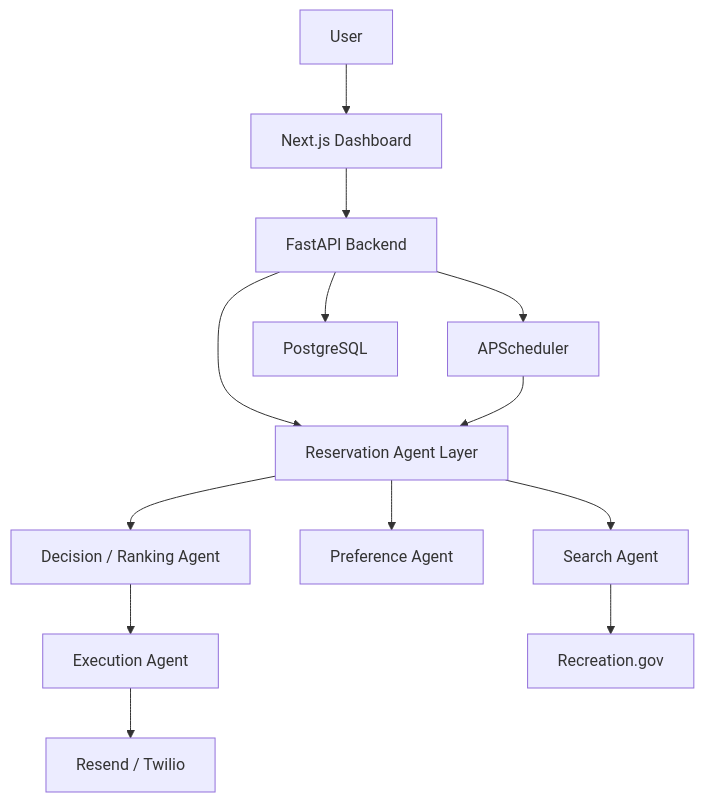
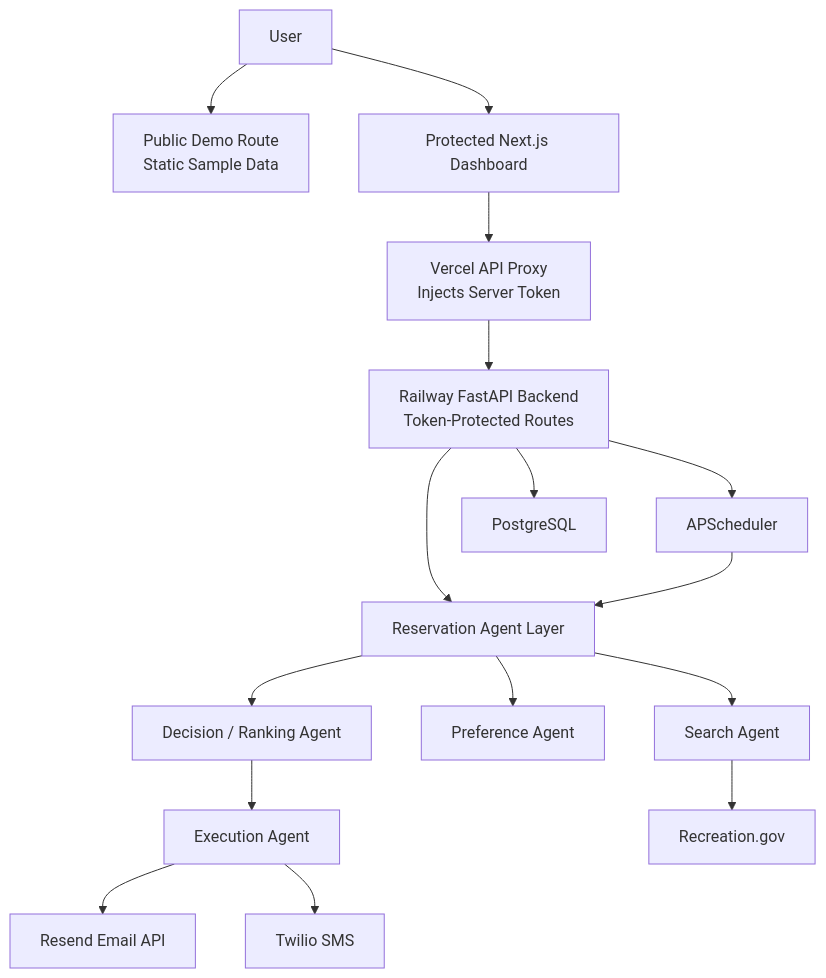
The diagram in README.md (srs312-lab/parkreserve-ai), drawn with Mermaid before and after one commit. The commit also changed other lines of this file and 2 other files, not shown here.

````diff
--- a/README.md
+++ b/README.md
@@ -53,28 +63,34 @@
 ```mermaid
 flowchart TD
     User["User"]
-    Dashboard["Next.js Dashboard"]
-    API["FastAPI Backend"]
+    PublicDemo["Public Demo Route<br/>Static Sample Data"]
+    Dashboard["Protected Next.js Dashboard"]
+    Proxy["Vercel API Proxy<br/>Injects Server Token"]
+    API["Railway FastAPI Backend<br/>Token-Protected Routes"]
     Agent["Reservation Agent Layer"]
     Search["Search Agent"]
     Preference["Preference Agent"]
     Decision["Decision / Ranking Agent"]
     Execution["Execution Agent"]
     Recreation["Recreation.gov"]
     Scheduler["APScheduler"]
     Database["PostgreSQL"]
-    Notify["Resend / Twilio"]
+    Email["Resend Email API"]
+    SMS["Twilio SMS"]
 
+    User --> PublicDemo
     User --> Dashboard
-    Dashboard --> API
+    Dashboard --> Proxy
+    Proxy --> API
     API --> Agent
     API --> Scheduler
+    API --> Database
     Agent --> Preference
     Agent --> Search
     Search --> Recreation
     Agent --> Decision
     Decision --> Execution
-    Execution --> Notify
-    API --> Database
     Scheduler --> Agent
+    Execution --> Email
+    Execution --> SMS
 ```
````
